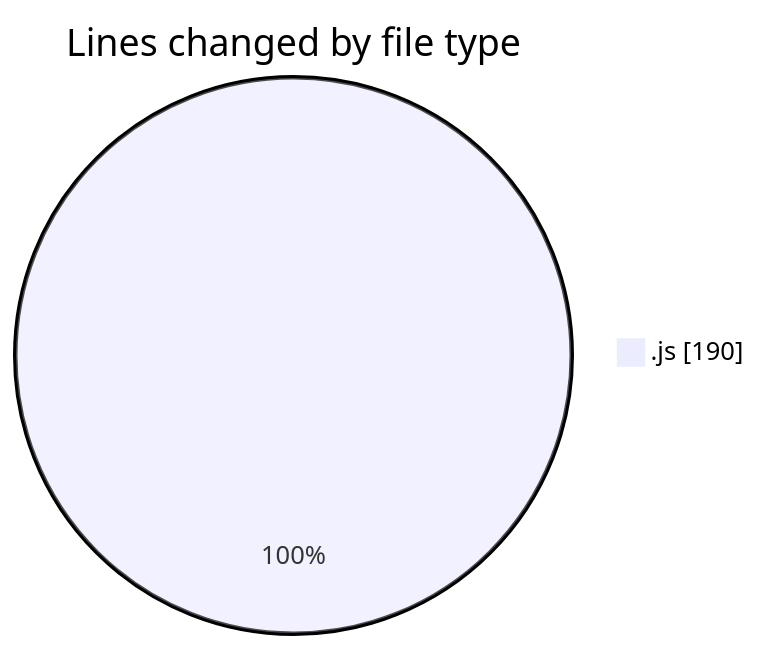
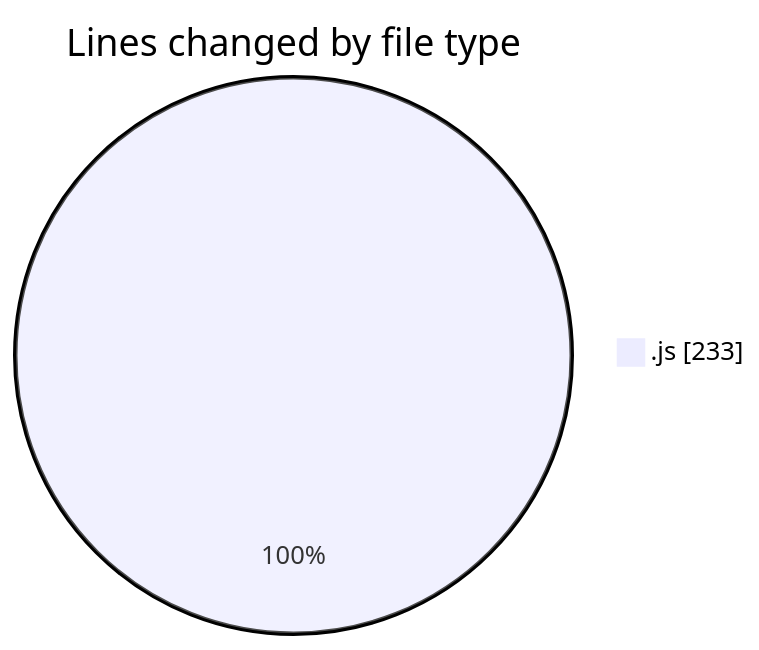
Before and after one commit to nxtqubesakshisongat/code-tracking: the first of 2 diagrams in 2025-06-20/nxtqube_webapp/README.md, drawn with Mermaid. The commit also changed other lines of this file and 1 other file, not shown here.

````diff
--- a/2025-06-20/nxtqube_webapp/README.md
+++ b/2025-06-20/nxtqube_webapp/README.md
@@ -21,5 +22,5 @@
 ```mermaid
 pie showData
 title Lines changed by file type
-".js" : 190
+".js" : 233
 ```
````
